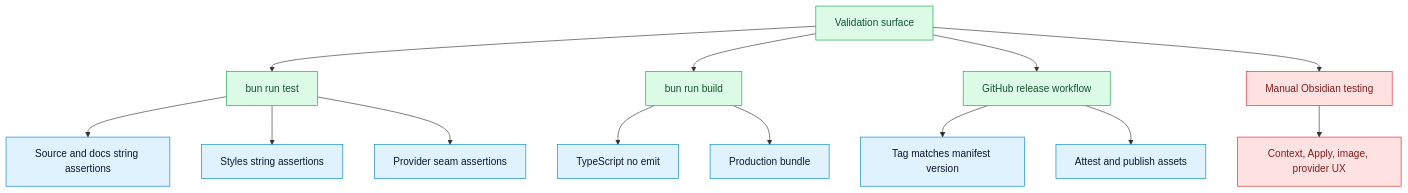
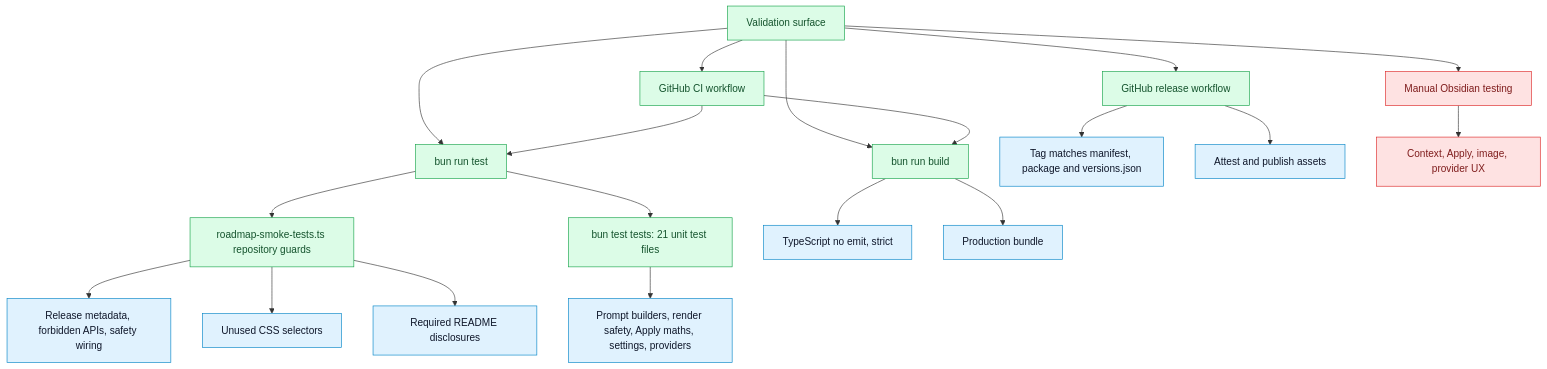
One commit to CodeWithBehnam/askmate changed the diagram in DigVis/13-test-coverage-map.md. Above: the diagram before and after it, drawn with Mermaid. The commit also changed other lines of this file and 88 other files, not shown here.

````diff
--- a/DigVis/13-test-coverage-map.md
+++ b/DigVis/13-test-coverage-map.md
@@ -9,25 +9,31 @@
 ```mermaid
 flowchart TD
   Validation["Validation surface"] --> Smoke["bun run test"]
   Validation --> Build["bun run build"]
+  Validation --> CI["GitHub CI workflow"]
   Validation --> Release["GitHub release workflow"]
   Validation --> Manual["Manual Obsidian testing"]
 
-  Smoke --> SourceStrings["Source and docs string assertions"]
-  Smoke --> Styles["Styles string assertions"]
-  Smoke --> ProviderSeams["Provider seam assertions"]
-  Build --> TSC["TypeScript no emit"]
+  Smoke --> Guards["roadmap-smoke-tests.ts repository guards"]
+  Smoke --> Unit["bun test tests: 21 unit test files"]
+  Guards --> SourceStrings["Release metadata, forbidden APIs, safety wiring"]
+  Guards --> Styles["Unused CSS selectors"]
+  Guards --> ReadmeDocs["Required README disclosures"]
+  Unit --> PureLogic["Prompt builders, render safety, Apply maths, settings, providers"]
+  Build --> TSC["TypeScript no emit, strict"]
   Build --> Esbuild["Production bundle"]
-  Release --> Version["Tag matches manifest version"]
+  CI --> Smoke
+  CI --> Build
+  Release --> Version["Tag matches manifest, package and versions.json"]
   Release --> Assets["Attest and publish assets"]
   Manual --> Vault["Context, Apply, image, provider UX"]
 
   classDef test fill:#DCFCE7,stroke:#16A34A,color:#14532D
   classDef core fill:#E0F2FE,stroke:#0284C7,color:#0F172A
   classDef config fill:#F1F5F9,stroke:#64748B,color:#0F172A
   classDef risk fill:#FEE2E2,stroke:#DC2626,color:#7F1D1D
 
-  class Validation,Smoke,Build,Release test
-  class SourceStrings,Styles,ProviderSeams,TSC,Esbuild,Version,Assets core
+  class Validation,Smoke,Build,CI,Release,Guards,Unit test
+  class SourceStrings,Styles,ReadmeDocs,PureLogic,TSC,Esbuild,Version,Assets core
   class Manual,Vault risk
 ```
````
